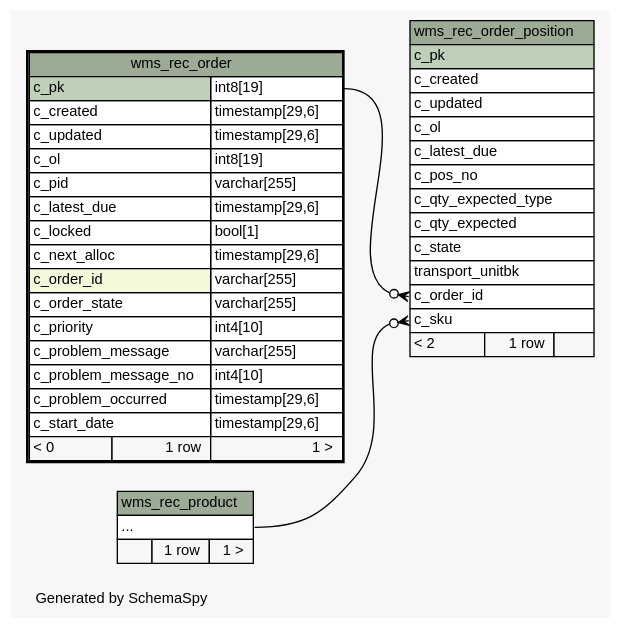
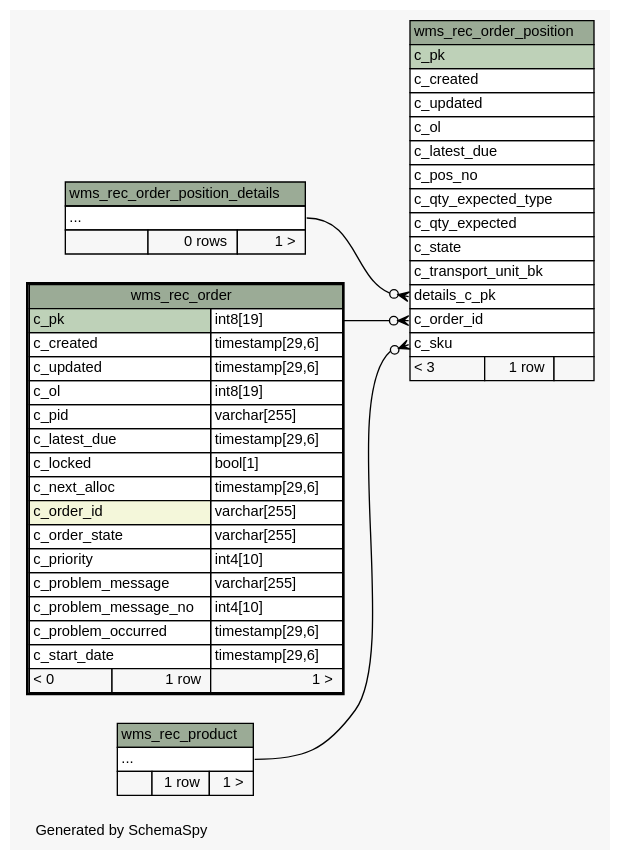
The diagram in schemaspy/diagrams/wms_rec_order.2degrees.dot (openwms/org.openwms.wms.receiving.lib), drawn with Graphviz before and after one commit. The commit also changed 186 other files, not shown here.

```diff
--- a/schemaspy/diagrams/wms_rec_order.2degrees.dot
+++ b/schemaspy/diagrams/wms_rec_order.2degrees.dot
@@ -1,79 +1,91 @@
 // dot 2.36.0 on Linux 4.4.0-101-generic
 // SchemaSpy rev Unknown
 digraph "twoDegreesRelationshipsDiagram" {
   graph [
     rankdir="RL"
     bgcolor="#f7f7f7"
     label="\nGenerated by SchemaSpy"
     labeljust="l"
     nodesep="0.18"
     ranksep="0.46"
     fontname="Helvetica"
     fontsize="11"
   ];
   node [
     fontname="Helvetica"
     fontsize="11"
     shape="plaintext"
   ];
   edge [
     arrowsize="0.8"
   ];
   "wms_rec_order_position":"c_order_id":w -> "wms_rec_order":"c_pk.type":e [arrowhead=none dir=back arrowtail=crowodot];
   "wms_rec_order_position":"c_sku":w -> "wms_rec_product":"elipses":e [arrowhead=none dir=back arrowtail=crowodot];
+  "wms_rec_order_position":"details_c_pk":w -> "wms_rec_order_position_details":"elipses":e [arrowhead=none dir=back arrowtail=crowodot];
   "wms_rec_order" [
     label=<
     <TABLE BORDER="2" CELLBORDER="1" CELLSPACING="0" BGCOLOR="#ffffff">
       <TR><TD COLSPAN="3" BGCOLOR="#9bab96" ALIGN="CENTER">wms_rec_order</TD></TR>
       <TR><TD PORT="c_pk" COLSPAN="2" BGCOLOR="#bed1b8" ALIGN="LEFT">c_pk</TD><TD PORT="c_pk.type" ALIGN="LEFT">int8[19]</TD></TR>
       <TR><TD PORT="c_created" COLSPAN="2" ALIGN="LEFT">c_created</TD><TD PORT="c_created.type" ALIGN="LEFT">timestamp[29,6]</TD></TR>
       <TR><TD PORT="c_updated" COLSPAN="2" ALIGN="LEFT">c_updated</TD><TD PORT="c_updated.type" ALIGN="LEFT">timestamp[29,6]</TD></TR>
       <TR><TD PORT="c_ol" COLSPAN="2" ALIGN="LEFT">c_ol</TD><TD PORT="c_ol.type" ALIGN="LEFT">int8[19]</TD></TR>
       <TR><TD PORT="c_pid" COLSPAN="2" ALIGN="LEFT">c_pid</TD><TD PORT="c_pid.type" ALIGN="LEFT">varchar[255]</TD></TR>
       <TR><TD PORT="c_latest_due" COLSPAN="2" ALIGN="LEFT">c_latest_due</TD><TD PORT="c_latest_due.type" ALIGN="LEFT">timestamp[29,6]</TD></TR>
       <TR><TD PORT="c_locked" COLSPAN="2" ALIGN="LEFT">c_locked</TD><TD PORT="c_locked.type" ALIGN="LEFT">bool[1]</TD></TR>
       <TR><TD PORT="c_next_alloc" COLSPAN="2" ALIGN="LEFT">c_next_alloc</TD><TD PORT="c_next_alloc.type" ALIGN="LEFT">timestamp[29,6]</TD></TR>
       <TR><TD PORT="c_order_id" COLSPAN="2" BGCOLOR="#f4f7da" ALIGN="LEFT">c_order_id</TD><TD PORT="c_order_id.type" ALIGN="LEFT">varchar[255]</TD></TR>
       <TR><TD PORT="c_order_state" COLSPAN="2" ALIGN="LEFT">c_order_state</TD><TD PORT="c_order_state.type" ALIGN="LEFT">varchar[255]</TD></TR>
       <TR><TD PORT="c_priority" COLSPAN="2" ALIGN="LEFT">c_priority</TD><TD PORT="c_priority.type" ALIGN="LEFT">int4[10]</TD></TR>
       <TR><TD PORT="c_problem_message" COLSPAN="2" ALIGN="LEFT">c_problem_message</TD><TD PORT="c_problem_message.type" ALIGN="LEFT">varchar[255]</TD></TR>
       <TR><TD PORT="c_problem_message_no" COLSPAN="2" ALIGN="LEFT">c_problem_message_no</TD><TD PORT="c_problem_message_no.type" ALIGN="LEFT">int4[10]</TD></TR>
       <TR><TD PORT="c_problem_occurred" COLSPAN="2" ALIGN="LEFT">c_problem_occurred</TD><TD PORT="c_problem_occurred.type" ALIGN="LEFT">timestamp[29,6]</TD></TR>
       <TR><TD PORT="c_start_date" COLSPAN="2" ALIGN="LEFT">c_start_date</TD><TD PORT="c_start_date.type" ALIGN="LEFT">timestamp[29,6]</TD></TR>
       <TR><TD ALIGN="LEFT" BGCOLOR="#f7f7f7">&lt; 0</TD><TD ALIGN="RIGHT" BGCOLOR="#f7f7f7">1 row</TD><TD ALIGN="RIGHT" BGCOLOR="#f7f7f7">1 &gt;</TD></TR>
     </TABLE>>
     URL="wms_rec_order.html"
     tooltip="wms_rec_order"
   ];
   "wms_rec_order_position" [
     label=<
     <TABLE BORDER="0" CELLBORDER="1" CELLSPACING="0" BGCOLOR="#ffffff">
       <TR><TD COLSPAN="3" BGCOLOR="#9bab96" ALIGN="CENTER">wms_rec_order_position</TD></TR>
       <TR><TD PORT="c_pk" COLSPAN="3" BGCOLOR="#bed1b8" ALIGN="LEFT">c_pk</TD></TR>
       <TR><TD PORT="c_created" COLSPAN="3" ALIGN="LEFT">c_created</TD></TR>
       <TR><TD PORT="c_updated" COLSPAN="3" ALIGN="LEFT">c_updated</TD></TR>
       <TR><TD PORT="c_ol" COLSPAN="3" ALIGN="LEFT">c_ol</TD></TR>
       <TR><TD PORT="c_latest_due" COLSPAN="3" ALIGN="LEFT">c_latest_due</TD></TR>
       <TR><TD PORT="c_pos_no" COLSPAN="3" ALIGN="LEFT">c_pos_no</TD></TR>
       <TR><TD PORT="c_qty_expected_type" COLSPAN="3" ALIGN="LEFT">c_qty_expected_type</TD></TR>
       <TR><TD PORT="c_qty_expected" COLSPAN="3" ALIGN="LEFT">c_qty_expected</TD></TR>
       <TR><TD PORT="c_state" COLSPAN="3" ALIGN="LEFT">c_state</TD></TR>
-      <TR><TD PORT="transport_unitbk" COLSPAN="3" ALIGN="LEFT">transport_unitbk</TD></TR>
+      <TR><TD PORT="c_transport_unit_bk" COLSPAN="3" ALIGN="LEFT">c_transport_unit_bk</TD></TR>
+      <TR><TD PORT="details_c_pk" COLSPAN="3" ALIGN="LEFT">details_c_pk</TD></TR>
       <TR><TD PORT="c_order_id" COLSPAN="3" ALIGN="LEFT">c_order_id</TD></TR>
       <TR><TD PORT="c_sku" COLSPAN="3" ALIGN="LEFT">c_sku</TD></TR>
-      <TR><TD ALIGN="LEFT" BGCOLOR="#f7f7f7">&lt; 2</TD><TD ALIGN="RIGHT" BGCOLOR="#f7f7f7">1 row</TD><TD ALIGN="RIGHT" BGCOLOR="#f7f7f7">  </TD></TR>
+      <TR><TD ALIGN="LEFT" BGCOLOR="#f7f7f7">&lt; 3</TD><TD ALIGN="RIGHT" BGCOLOR="#f7f7f7">1 row</TD><TD ALIGN="RIGHT" BGCOLOR="#f7f7f7">  </TD></TR>
     </TABLE>>
     URL="wms_rec_order_position.html"
     tooltip="wms_rec_order_position"
+  ];
+  "wms_rec_order_position_details" [
+    label=<
+    <TABLE BORDER="0" CELLBORDER="1" CELLSPACING="0" BGCOLOR="#ffffff">
+      <TR><TD COLSPAN="3" BGCOLOR="#9bab96" ALIGN="CENTER">wms_rec_order_position_details</TD></TR>
+      <TR><TD PORT="elipses" COLSPAN="3" ALIGN="LEFT">...</TD></TR>
+      <TR><TD ALIGN="LEFT" BGCOLOR="#f7f7f7">  </TD><TD ALIGN="RIGHT" BGCOLOR="#f7f7f7">0 rows</TD><TD ALIGN="RIGHT" BGCOLOR="#f7f7f7">1 &gt;</TD></TR>
+    </TABLE>>
+    URL="wms_rec_order_position_details.html"
+    tooltip="wms_rec_order_position_details"
   ];
   "wms_rec_product" [
     label=<
     <TABLE BORDER="0" CELLBORDER="1" CELLSPACING="0" BGCOLOR="#ffffff">
       <TR><TD COLSPAN="3" BGCOLOR="#9bab96" ALIGN="CENTER">wms_rec_product</TD></TR>
       <TR><TD PORT="elipses" COLSPAN="3" ALIGN="LEFT">...</TD></TR>
       <TR><TD ALIGN="LEFT" BGCOLOR="#f7f7f7">  </TD><TD ALIGN="RIGHT" BGCOLOR="#f7f7f7">1 row</TD><TD ALIGN="RIGHT" BGCOLOR="#f7f7f7">1 &gt;</TD></TR>
     </TABLE>>
     URL="wms_rec_product.html"
     tooltip="wms_rec_product"
   ];
 }
```
